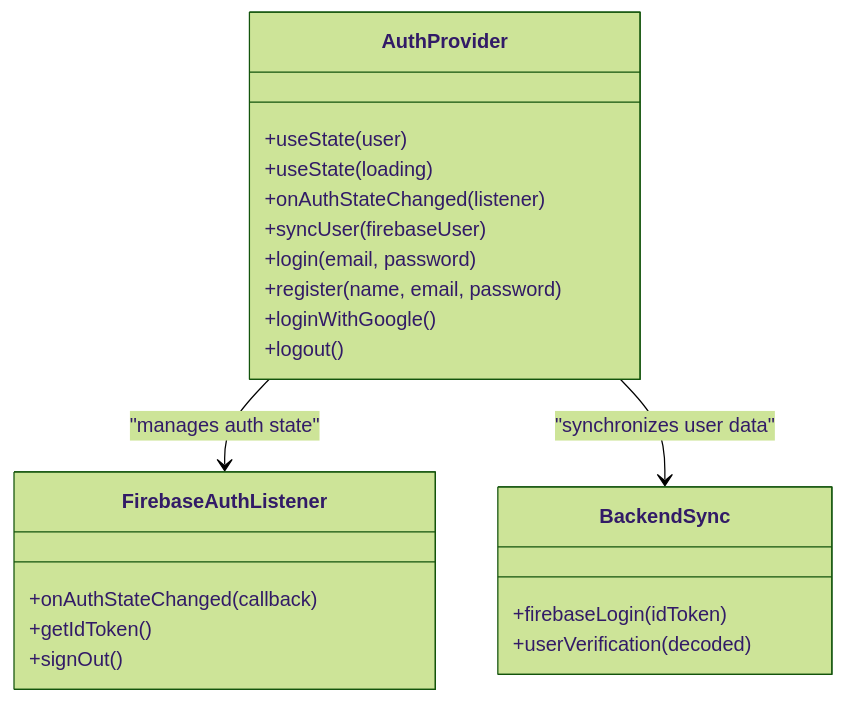
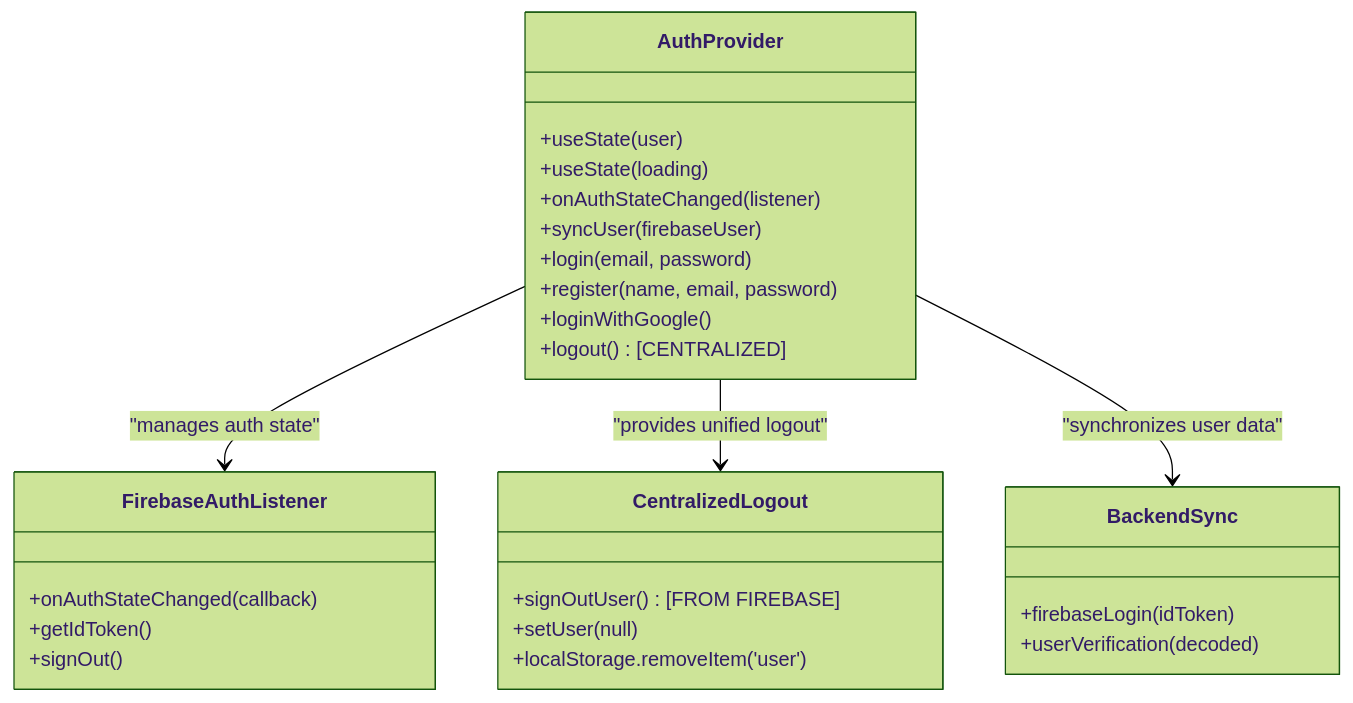
Before and after one commit to Pavan-PSPK9032/TrendsandToss: the third of 10 diagrams in .qoder/repowiki/en/content/Authentication & Authorization/Frontend Authentication State Management.md, drawn with Mermaid (forest theme). The commit also changed other lines of this file and 6 other files, not shown here.

````diff
--- a/.qoder/repowiki/en/content/Authentication & Authorization/Frontend Authentication State Management.md
+++ b/.qoder/repowiki/en/content/Authentication & Authorization/Frontend Authentication State Management.md
@@ -167,24 +178,30 @@
 ```mermaid
 classDiagram
 class AuthProvider {
 +useState(user)
 +useState(loading)
 +onAuthStateChanged(listener)
 +syncUser(firebaseUser)
 +login(email, password)
 +register(name, email, password)
 +loginWithGoogle()
-+logout()
++logout() [CENTRALIZED]
 }
 class FirebaseAuthListener {
 +onAuthStateChanged(callback)
 +getIdToken()
 +signOut()
 }
+class CentralizedLogout {
++signOutUser() [FROM FIREBASE]
++setUser(null)
++localStorage.removeItem('user')
+}
 class BackendSync {
 +firebaseLogin(idToken)
 +userVerification(decoded)
 }
 AuthProvider --> FirebaseAuthListener : "manages auth state"
+AuthProvider --> CentralizedLogout : "provides unified logout"
 AuthProvider --> BackendSync : "synchronizes user data"
 ```
````
